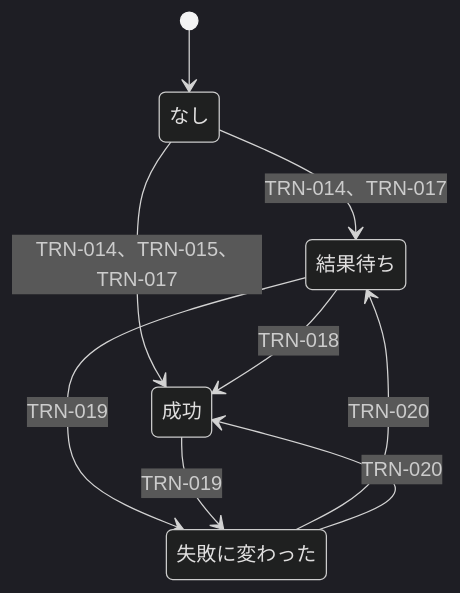
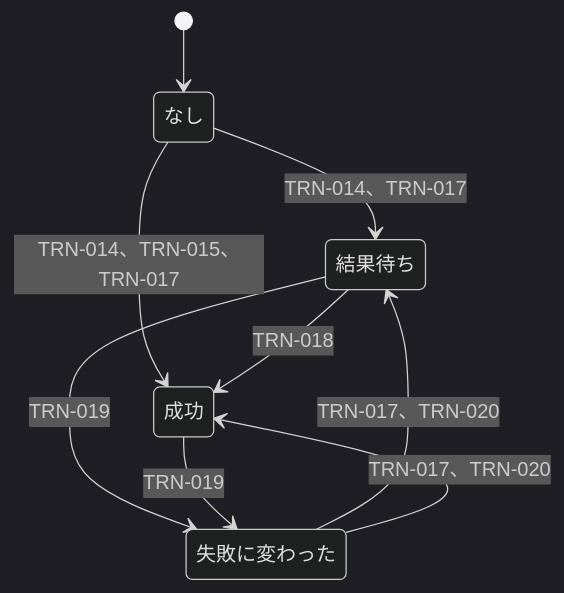
Before and after one commit to tenkunomori-emu/emu-farm-ec: the second of 5 diagrams in docs/02-basic-design.md, drawn with Mermaid (dark theme). The commit also changed other lines of this file and 1 other file, not shown here.

````diff
--- a/docs/02-basic-design.md
+++ b/docs/02-basic-design.md
@@ -113,15 +115,15 @@
 ```mermaid
 stateDiagram-v2
     state "なし" as R0
     state "結果待ち" as R1
     state "成功" as R2
     state "失敗に変わった" as R3
     [*] --> R0
     R0 --> R1: TRN-014、TRN-017
     R0 --> R2: TRN-014、TRN-015、TRN-017
     R1 --> R2: TRN-018
     R1 --> R3: TRN-019
     R2 --> R3: TRN-019
-    R3 --> R1: TRN-020
-    R3 --> R2: TRN-020
+    R3 --> R1: TRN-017、TRN-020
+    R3 --> R2: TRN-017、TRN-020
 ```
````
